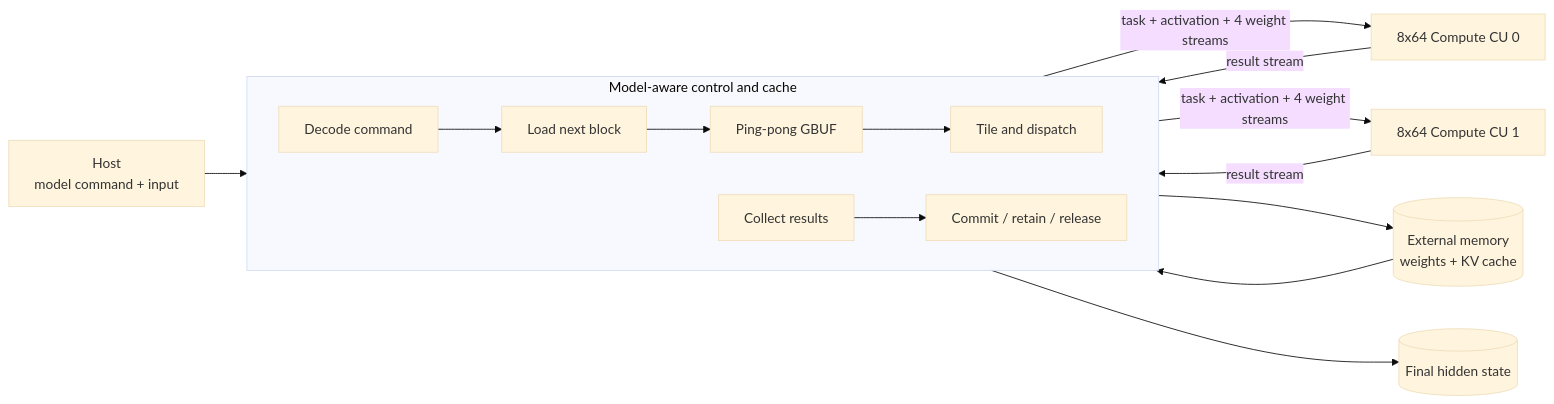
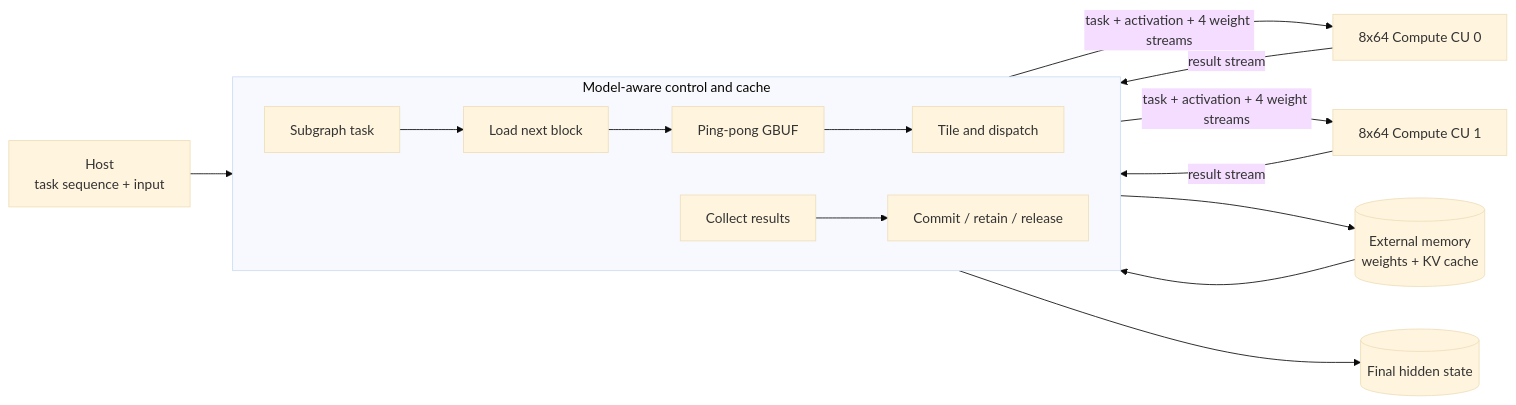
Before and after one commit to TruNcat3/LLM-ACCEL: the first of 2 diagrams in README.md, drawn with Mermaid (base theme). The commit also changed other lines of this file and 56 other files, not shown here.

````diff
--- a/README.md
+++ b/README.md
@@ -42,20 +42,20 @@
 ```mermaid
 flowchart LR
-    H[Host<br/>model command + input] --> CMD
+    H[Host<br/>task sequence + input] --> CMD
     W[(External memory<br/>weights + KV cache)] --> L
 
     subgraph CTRL[Model-aware control and cache]
       direction LR
-      CMD[Decode command] --> L[Load next block]
+      CMD[Subgraph task] --> L[Load next block]
       L --> B[Ping-pong GBUF]
       B --> D[Tile and dispatch]
       R[Collect results] --> P[Commit / retain / release]
     end
 
     D -->|task + activation + 4 weight streams| U0[8x64 Compute CU 0]
     D -->|task + activation + 4 weight streams| U1[8x64 Compute CU 1]
     U0 -->|result stream| R
     U1 -->|result stream| R
     P --> W
     P --> O[(Final hidden state)]
 ```
````
